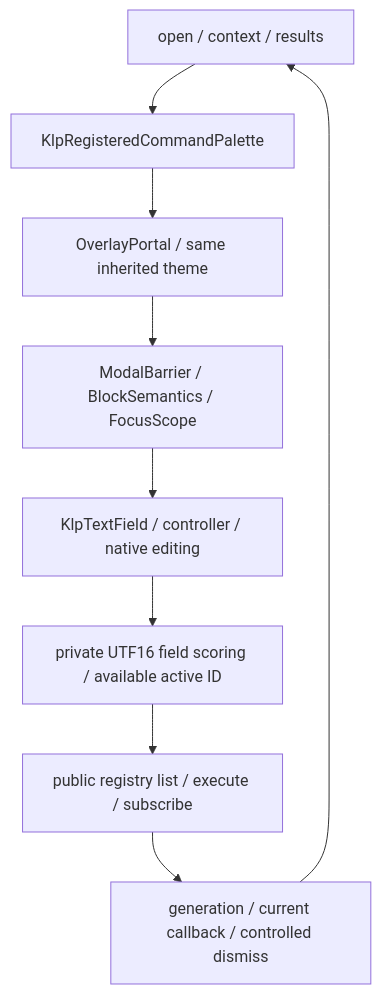
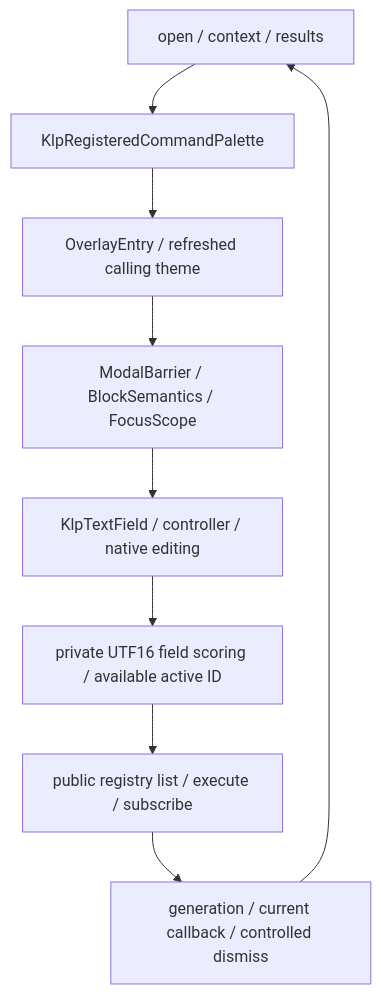
One commit to MiuDog/Kallopis changed the diagram in flutter/lib/src/features/actions/command_palette/architecture.md. Above: the diagram before and after it, drawn with Mermaid. The commit also changed other lines of this file and 1 other file, not shown here.

Commit message:
docs(flutter): preserve native modal traversal with a refreshed overlay entry

````diff
--- a/flutter/lib/src/features/actions/command_palette/architecture.md
+++ b/flutter/lib/src/features/actions/command_palette/architecture.md
@@ -33,11 +33,11 @@
 ```mermaid
 flowchart TD
 	Product[open / context / results] --> Palette[KlpRegisteredCommandPalette]
-	Palette --> Host[OverlayPortal / same inherited theme]
+	Palette --> Host[OverlayEntry / refreshed calling theme]
 	Host --> Scope[ModalBarrier / BlockSemantics / FocusScope]
 	Scope --> Input[KlpTextField / controller / native editing]
 	Input --> Search[private UTF16 field scoring / available active ID]
 	Search --> Core[public registry list / execute / subscribe]
 	Core --> Session[generation / current callback / controlled dismiss]
 	Session --> Product
 ```
````
